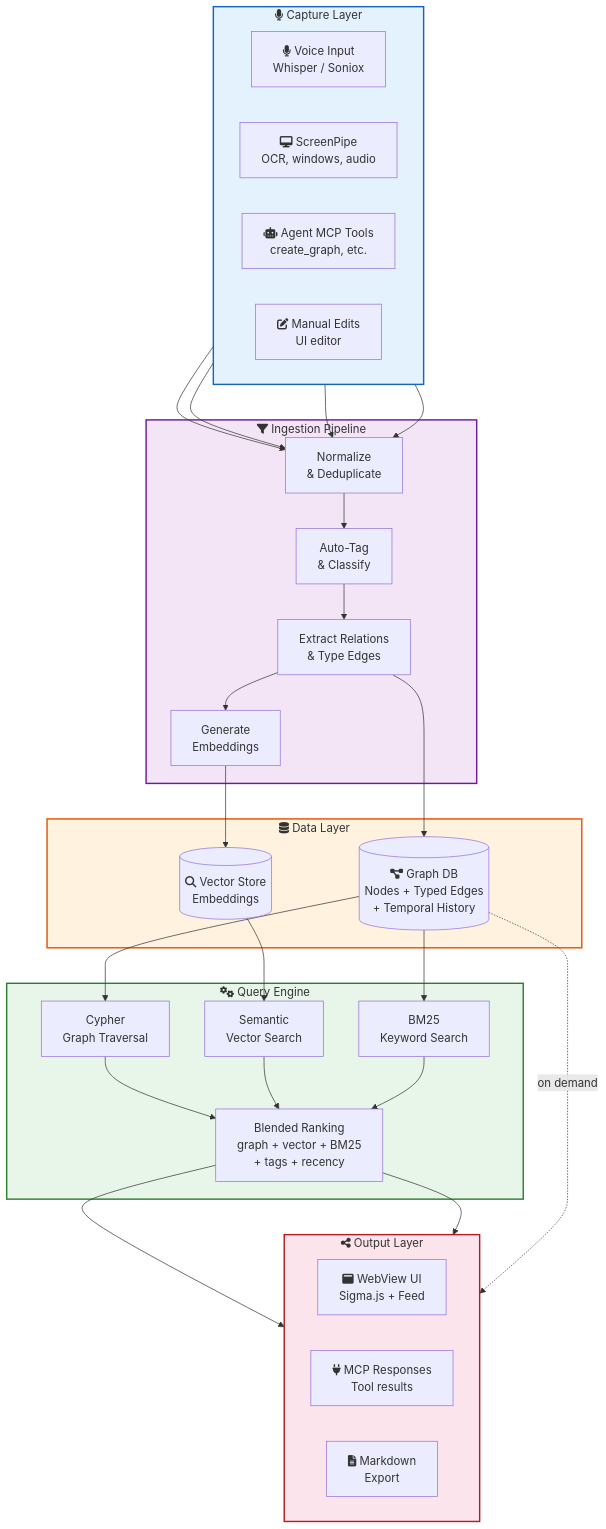
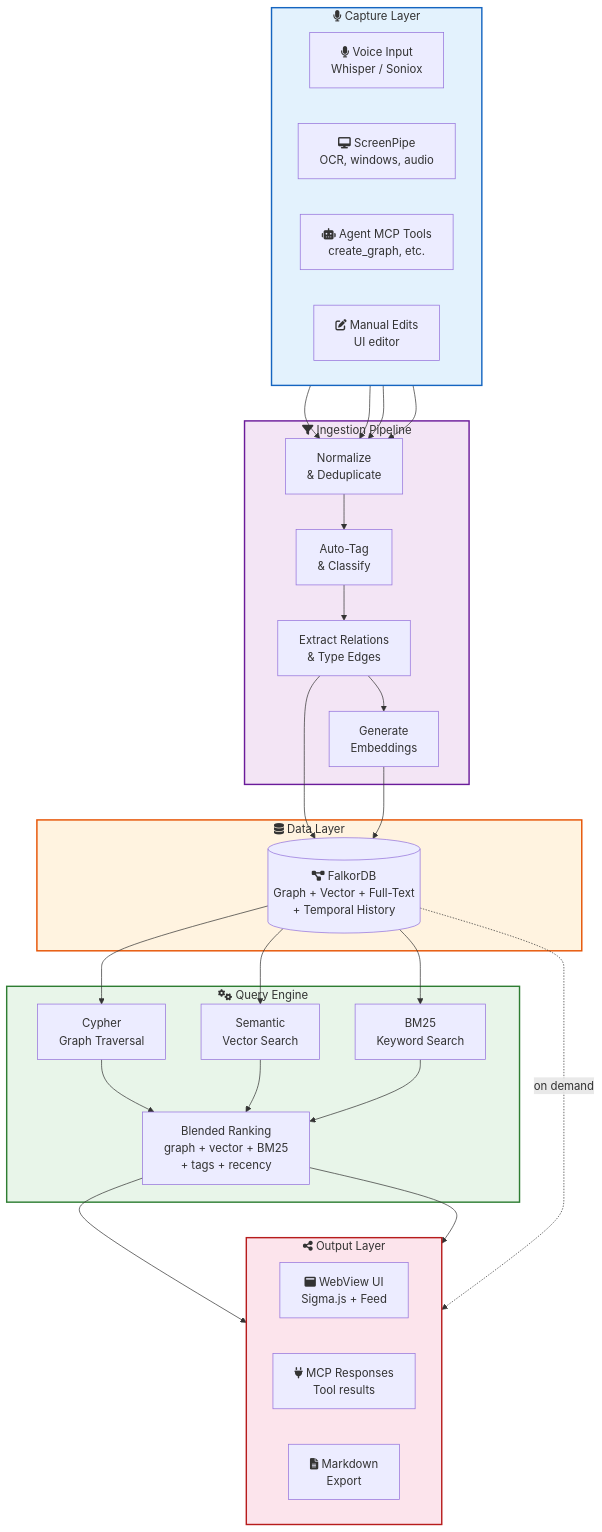
Before and after one commit to Coldaine/voicetree: the first of 6 diagrams in ARCHITECTURE.md, drawn with Mermaid. The commit also changed other lines of this file and 9 other files, not shown here.

First line of the commit message:
docs: VoiceTree v2 architecture plan  FalkorDB, Sigma.js, 5-phase roadmap

````diff
--- a/ARCHITECTURE.md
+++ b/ARCHITECTURE.md
@@ -10,64 +11,63 @@
 ```mermaid
 flowchart TB
     subgraph Capture["fa:fa-microphone Capture Layer"]
         direction LR
         voice["fa:fa-microphone Voice Input\n Whisper / Soniox"]
         screenpipe["fa:fa-desktop ScreenPipe\n OCR, windows, audio"]
         agents["fa:fa-robot Agent MCP Tools\n create_graph, etc."]
         manual["fa:fa-edit Manual Edits\n UI editor"]
     end
 
     subgraph Ingestion["fa:fa-filter Ingestion Pipeline"]
         normalize["Normalize\n& Deduplicate"]
         tag["Auto-Tag\n& Classify"]
         link["Extract Relations\n& Type Edges"]
         embed["Generate\nEmbeddings"]
     end
 
     subgraph Store["fa:fa-database Data Layer"]
-        graphdb[("fa:fa-project-diagram Graph DB\n Nodes + Typed Edges\n + Temporal History")]
-        vectordb[("fa:fa-search Vector Store\n Embeddings")]
+        falkordb[("fa:fa-project-diagram FalkorDB\n Graph + Vector + Full-Text\n + Temporal History")]
     end
 
     subgraph Query["fa:fa-cogs Query Engine"]
         graph_q["Cypher\nGraph Traversal"]
         vector_q["Semantic\nVector Search"]
         bm25["BM25\nKeyword Search"]
         blend["Blended Ranking\n graph + vector + BM25\n + tags + recency"]
     end
 
     subgraph Output["fa:fa-share-alt Output Layer"]
         direction LR
         ui["fa:fa-window-maximize WebView UI\n Sigma.js + Feed"]
         mcp_out["fa:fa-plug MCP Responses\n Tool results"]
         md_export["fa:fa-file-alt Markdown\n Export"]
     end
 
     voice --> normalize
     screenpipe --> normalize
     agents --> normalize
     manual --> normalize
 
     normalize --> tag
     tag --> link
-    link --> graphdb
+    link --> falkordb
     link --> embed
-    embed --> vectordb
+    embed --> falkordb
 
-    graphdb --> graph_q
-    vectordb --> vector_q
-    graphdb --> bm25
+    falkordb --> graph_q
+    falkordb --> vector_q
+    falkordb --> bm25
     graph_q --> blend
     vector_q --> blend
     bm25 --> blend
 
     blend --> ui
     blend --> mcp_out
-    graphdb -.->|"on demand"| md_export
+    falkordb -.->|"on demand"| md_export
 
     style Capture fill:#e3f2fd,stroke:#1565c0,stroke-width:2px
     style Ingestion fill:#f3e5f5,stroke:#6a1b9a,stroke-width:2px
     style Store fill:#fff3e0,stroke:#e65100,stroke-width:2px
     style Query fill:#e8f5e9,stroke:#2e7d32,stroke-width:2px
     style Output fill:#fce4ec,stroke:#b71c1c,stroke-width:2px
 ```
````
